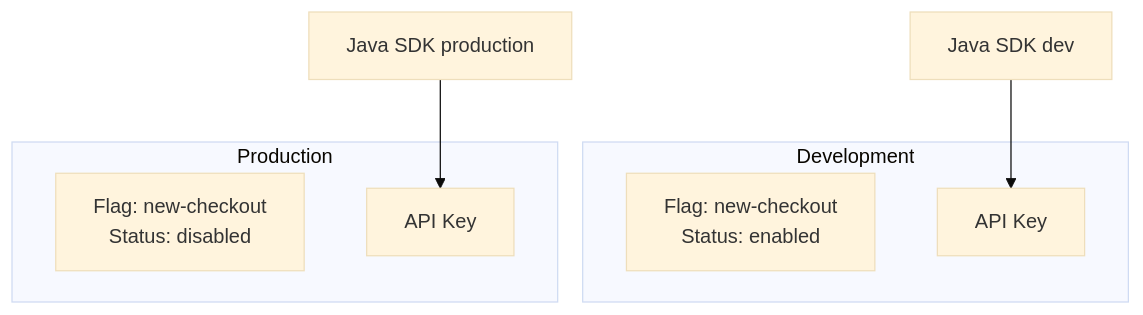
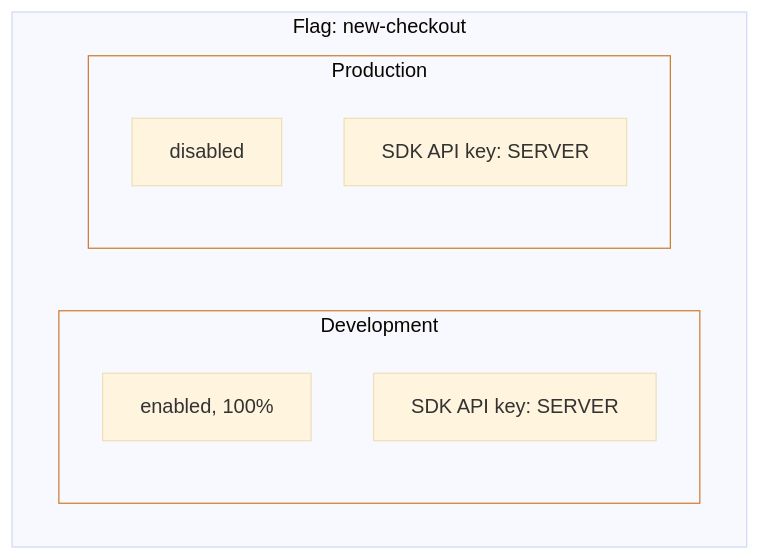
Before and after one commit to edgar-dev20/mozhno: the diagram in docs/en/concepts/environments.md, drawn with Mermaid (base theme). The commit also changed other lines of this file and 28 other files, not shown here.

Commit message:
docs: restructure — split intro/ from guide/, clean concepts (api-keys security, segments examples, users REST-API), fix environments diagram

````diff
--- a/docs/en/concepts/environments.md
+++ b/docs/en/concepts/environments.md
@@ -20,13 +20,16 @@
 ```mermaid
 graph TB
-    subgraph "Development"
-        F1[Flag: new-checkout<br/>Status: enabled]
-        K1[API Key]
+    subgraph FLAG["Flag: new-checkout"]
+        subgraph DEV[Development]
+            D1["enabled, 100%"]
+            D2["SDK API key: SERVER"]
+        end
+        subgraph PROD[Production]
+            P1["disabled"]
+            P2["SDK API key: SERVER"]
+        end
     end
-    subgraph "Production"
-        F3[Flag: new-checkout<br/>Status: disabled]
-        K3[API Key]
-    end
-    SDK1[Java SDK dev] --> K1
-    SDK3[Java SDK production] --> K3
+
+    style DEV stroke:#CD7F32
+    style PROD stroke:#CD7F32
 ```
````
